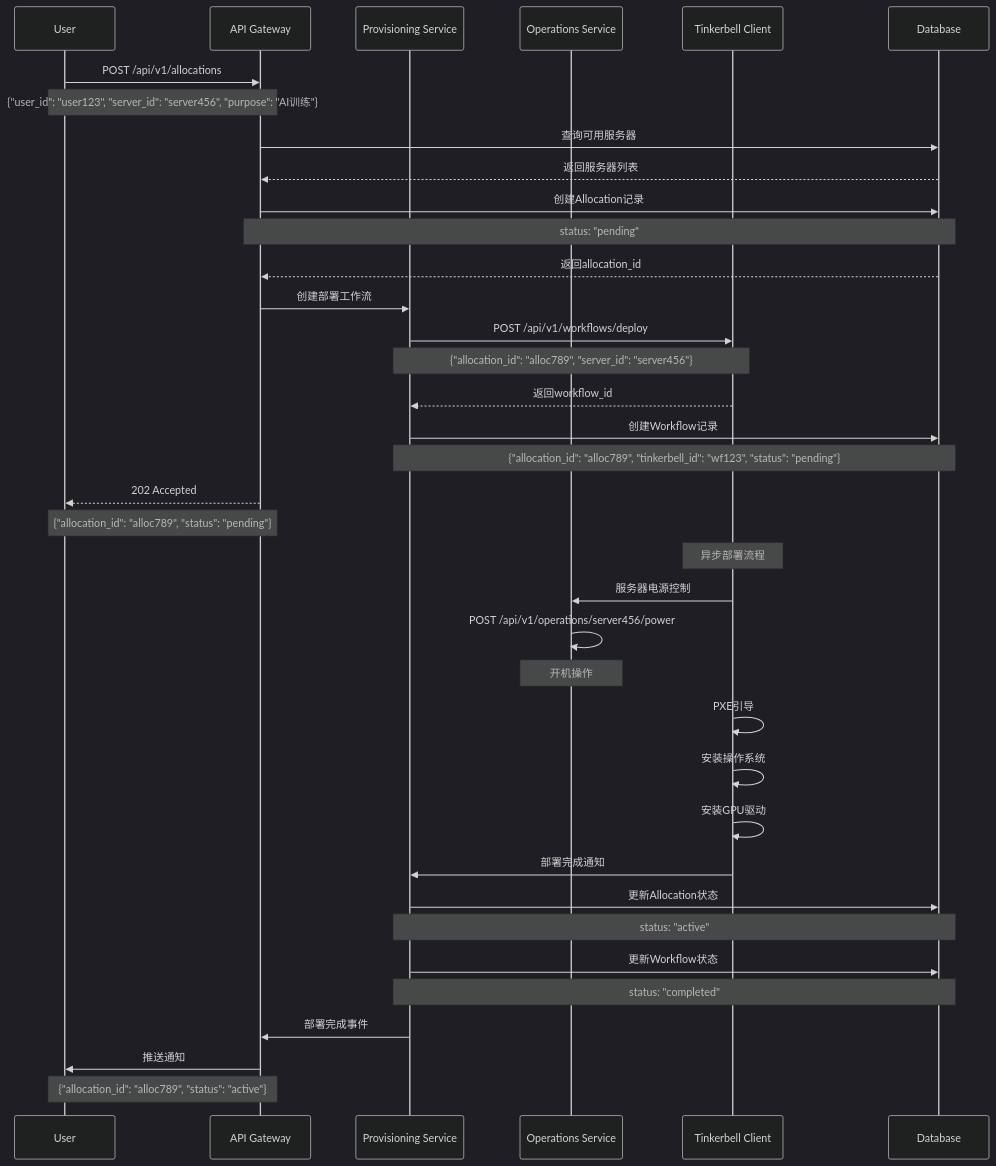
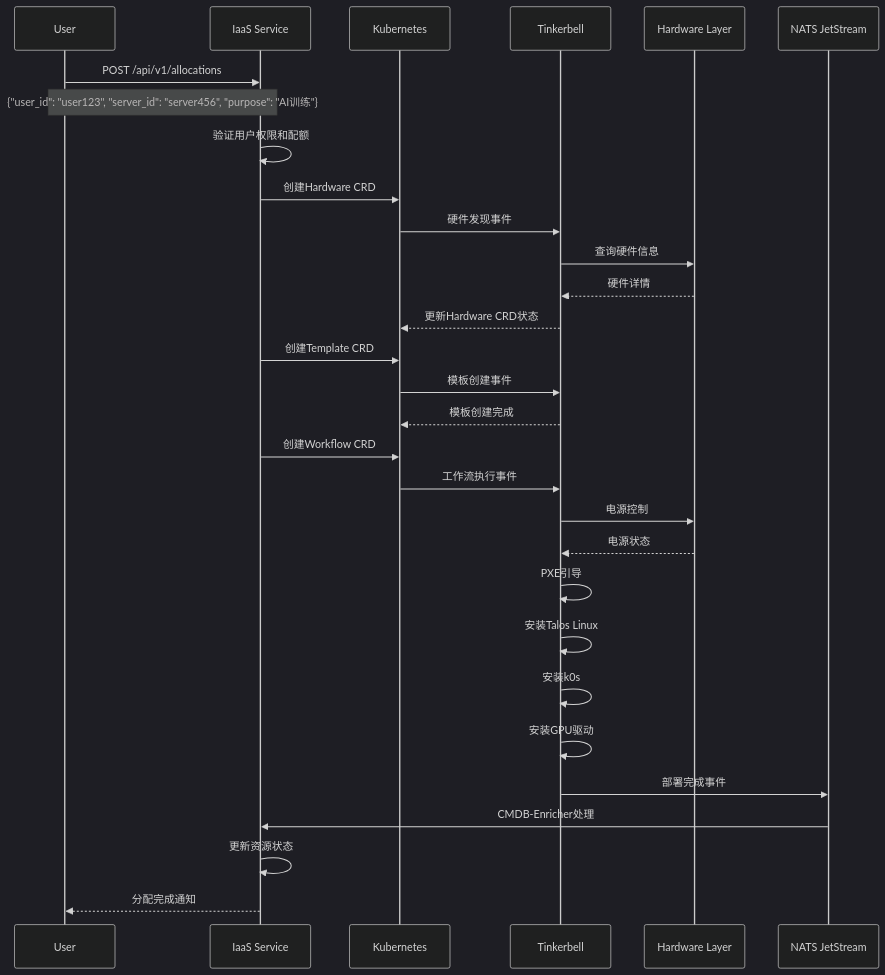
The tenth of 14 diagrams in docs/design/architecture-design.md (linview/gpu-resource-manager-backend), drawn with Mermaid (dark theme) before and after one commit. The commit also changed other lines of this file and 7 other files, not shown here.

````diff
--- a/docs/design/architecture-design.md
+++ b/docs/design/architecture-design.md
@@ -395,49 +474,37 @@
 ```mermaid
 sequenceDiagram
     participant U as User
-    participant API as API Gateway
-    participant Provisioning as Provisioning Service
-    participant Operations as Operations Service
-    participant Tinkerbell as Tinkerbell Client
-    participant DB as Database
+    participant IaaS as IaaS Service
+    participant K8s as Kubernetes
+    participant Tinkerbell as Tinkerbell
+    participant Hardware as Hardware Layer
+    participant EventBus as NATS JetStream
     
-    U->>API: POST /api/v1/allocations
-    Note over U,API: {"user_id": "user123", "server_id": "server456", "purpose": "AI训练"}
+    U->>IaaS: POST /api/v1/allocations
+    Note over U,IaaS: {"user_id": "user123", "server_id": "server456", "purpose": "AI训练"}
     
-    API->>DB: 查询可用服务器
-    DB-->>API: 返回服务器列表
+    IaaS->>IaaS: 验证用户权限和配额
+    IaaS->>K8s: 创建Hardware CRD
+    K8s->>Tinkerbell: 硬件发现事件
+    Tinkerbell->>Hardware: 查询硬件信息
+    Hardware-->>Tinkerbell: 硬件详情
+    Tinkerbell-->>K8s: 更新Hardware CRD状态
     
-    API->>DB: 创建Allocation记录
-    Note over API,DB: status: "pending"
-    DB-->>API: 返回allocation_id
+    IaaS->>K8s: 创建Template CRD
+    K8s->>Tinkerbell: 模板创建事件
+    Tinkerbell-->>K8s: 模板创建完成
     
-    API->>Provisioning: 创建部署工作流
-    Provisioning->>Tinkerbell: POST /api/v1/workflows/deploy
-    Note over Provisioning,Tinkerbell: {"allocation_id": "alloc789", "server_id": "server456"}
-    Tinkerbell-->>Provisioning: 返回workflow_id
-    
-    Provisioning->>DB: 创建Workflow记录
-    Note over Provisioning,DB: {"allocation_id": "alloc789", "tinkerbell_id": "wf123", "status": "pending"}
-    
-    API-->>U: 202 Accepted
-    Note over API,U: {"allocation_id": "alloc789", "status": "pending"}
-    
-    Note over Tinkerbell: 异步部署流程
-    Tinkerbell->>Operations: 服务器电源控制
-    Operations->>Operations: POST /api/v1/operations/server456/power
-    Note over Operations: 开机操作
-    
+    IaaS->>K8s: 创建Workflow CRD
+    K8s->>Tinkerbell: 工作流执行事件
+    Tinkerbell->>Hardware: 电源控制
+    Hardware-->>Tinkerbell: 电源状态
     Tinkerbell->>Tinkerbell: PXE引导
-    Tinkerbell->>Tinkerbell: 安装操作系统
+    Tinkerbell->>Tinkerbell: 安装Talos Linux
+    Tinkerbell->>Tinkerbell: 安装k0s
     Tinkerbell->>Tinkerbell: 安装GPU驱动
     
-    Tinkerbell->>Provisioning: 部署完成通知
-    Provisioning->>DB: 更新Allocation状态
-    Note over Provisioning,DB: status: "active"
-    Provisioning->>DB: 更新Workflow状态
-    Note over Provisioning,DB: status: "completed"
-    
-    Provisioning->>API: 部署完成事件
-    API->>U: 推送通知
-    Note over API,U: {"allocation_id": "alloc789", "status": "active"}
+    Tinkerbell->>EventBus: 部署完成事件
+    EventBus->>IaaS: CMDB-Enricher处理
+    IaaS->>IaaS: 更新资源状态
+    IaaS-->>U: 分配完成通知
 ```
````
